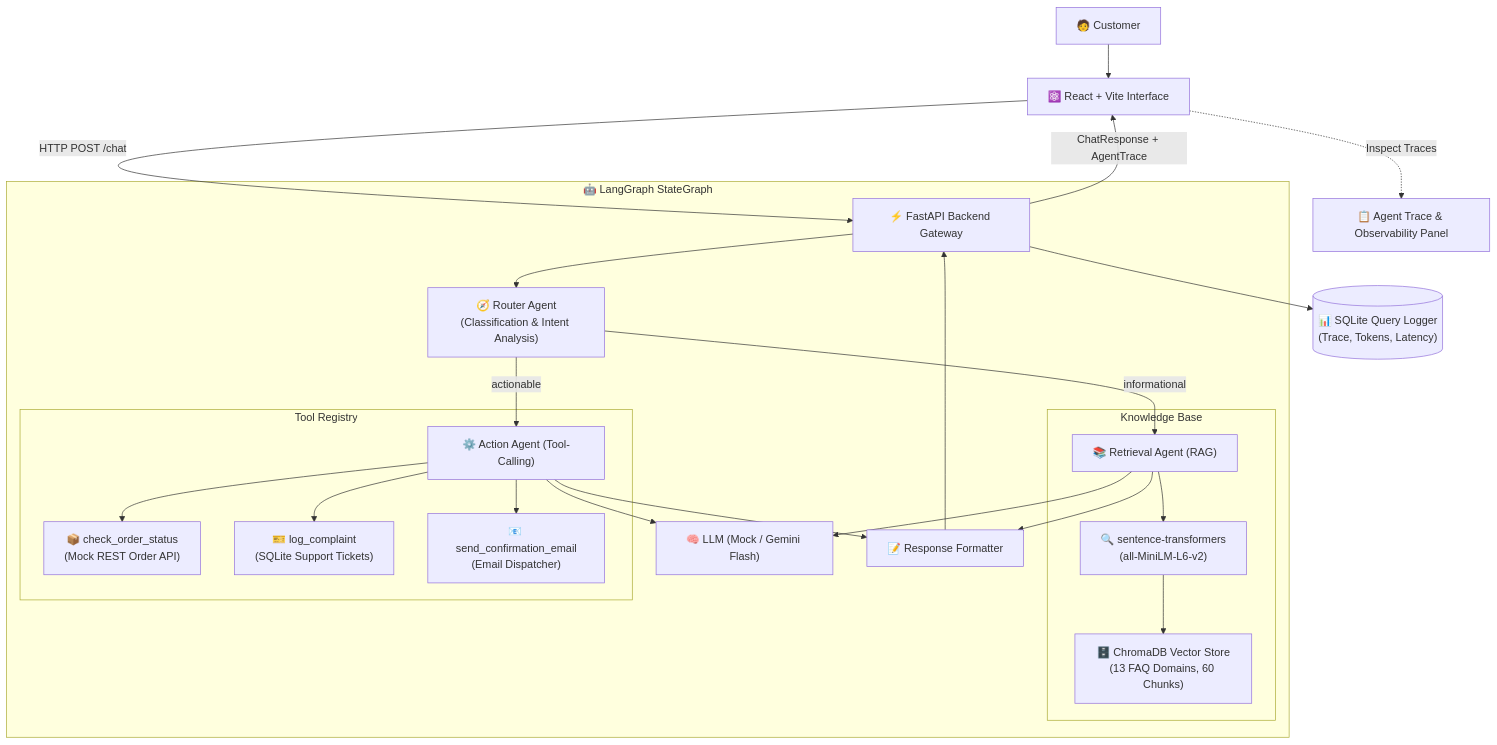
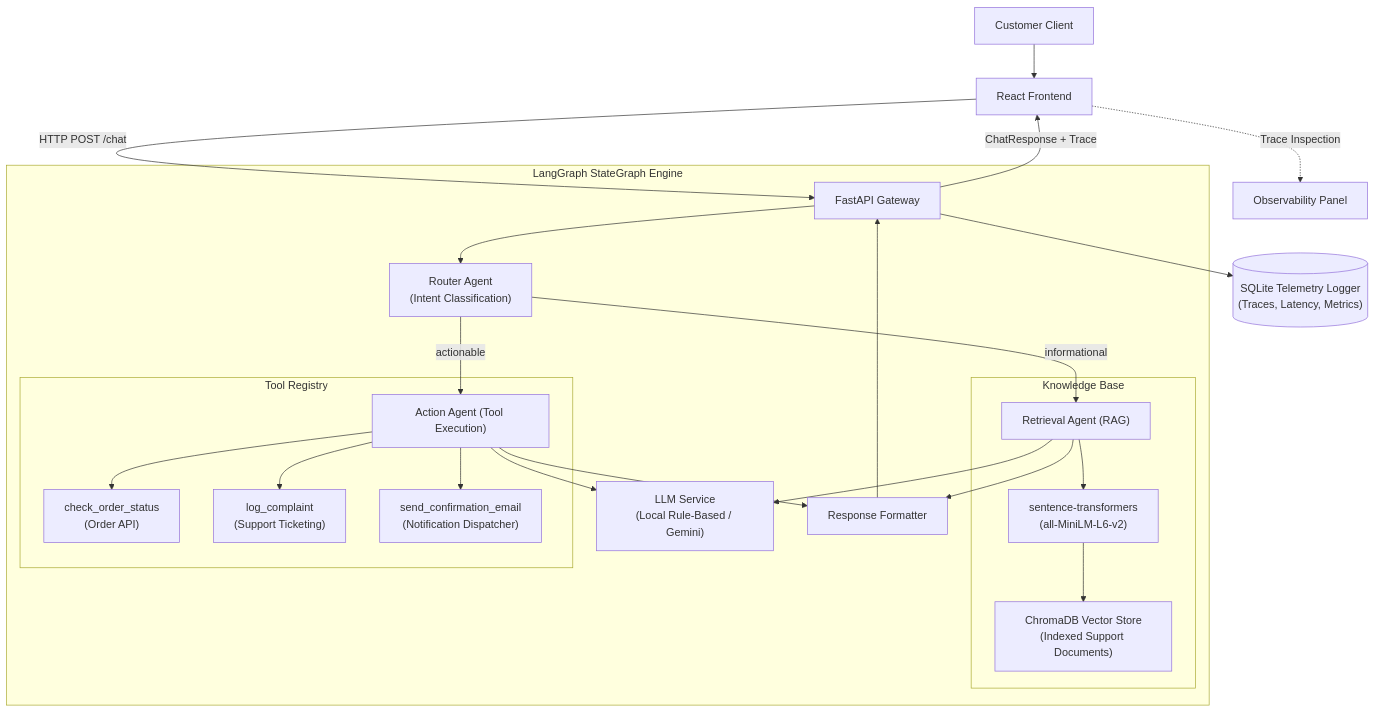
One commit to YashasviJadav03/DeskMate changed the diagram in README.md. Above: the diagram before and after it, drawn with Mermaid. The commit also changed other lines of this file and 2 other files, not shown here.

Commit message:
feat: implement FastAPI backend architecture and update project documentation

````diff
--- a/README.md
+++ b/README.md
@@ -15,34 +9,34 @@
 ```mermaid
 graph TB
-    User["🧑 Customer"] --> UI["⚛️ React + Vite Interface"]
-    UI -->|HTTP POST /chat| API["⚡ FastAPI Backend Gateway"]
+    User["Customer Client"] --> UI["React Frontend"]
+    UI -->|HTTP POST /chat| API["FastAPI Gateway"]
     
-    subgraph MultiAgentSystem ["🤖 LangGraph StateGraph"]
-        API --> Router["🧭 Router Agent<br/>(Classification & Intent Analysis)"]
+    subgraph MultiAgentSystem ["LangGraph StateGraph Engine"]
+        API --> Router["Router Agent<br/>(Intent Classification)"]
         
-        Router -->|informational| Retrieval["📚 Retrieval Agent (RAG)"]
-        Router -->|actionable| Action["⚙️ Action Agent (Tool-Calling)"]
+        Router -->|informational| Retrieval["Retrieval Agent (RAG)"]
+        Router -->|actionable| Action["Action Agent (Tool Execution)"]
         
         subgraph KnowledgeLayer ["Knowledge Base"]
-            Retrieval --> Embedder["🔍 sentence-transformers<br/>(all-MiniLM-L6-v2)"]
-            Embedder --> Chroma["🗄️ ChromaDB Vector Store<br/>(13 FAQ Domains, 60 Chunks)"]
+            Retrieval --> Embedder["sentence-transformers<br/>(all-MiniLM-L6-v2)"]
+            Embedder --> Chroma["ChromaDB Vector Store<br/>(Indexed Support Documents)"]
         end
         
         subgraph ToolsLayer ["Tool Registry"]
-            Action --> T1["📦 check_order_status<br/>(Mock REST Order API)"]
-            Action --> T2["🎫 log_complaint<br/>(SQLite Support Tickets)"]
-            Action --> T3["📧 send_confirmation_email<br/>(Email Dispatcher)"]
+            Action --> T1["check_order_status<br/>(Order API)"]
+            Action --> T2["log_complaint<br/>(Support Ticketing)"]
+            Action --> T3["send_confirmation_email<br/>(Notification Dispatcher)"]
         end
         
-        Retrieval --> LLM["🧠 LLM (Mock / Gemini Flash)"]
+        Retrieval --> LLM["LLM Service<br/>(Local Rule-Based / Gemini)"]
         Action --> LLM
         
-        Retrieval --> Formatter["📝 Response Formatter"]
+        Retrieval --> Formatter["Response Formatter"]
         Action --> Formatter
     end
     
     Formatter --> API
-    API --> Logger[("📊 SQLite Query Logger<br/>(Trace, Tokens, Latency)")]
-    API -->|ChatResponse + AgentTrace| UI
-    UI -.->|Inspect Traces| LogsView["📋 Agent Trace & Observability Panel"]
+    API --> Logger[("SQLite Telemetry Logger<br/>(Traces, Latency, Metrics)")]
+    API -->|ChatResponse + Trace| UI
+    UI -.->|Trace Inspection| LogsView["Observability Panel"]
 ```
````
